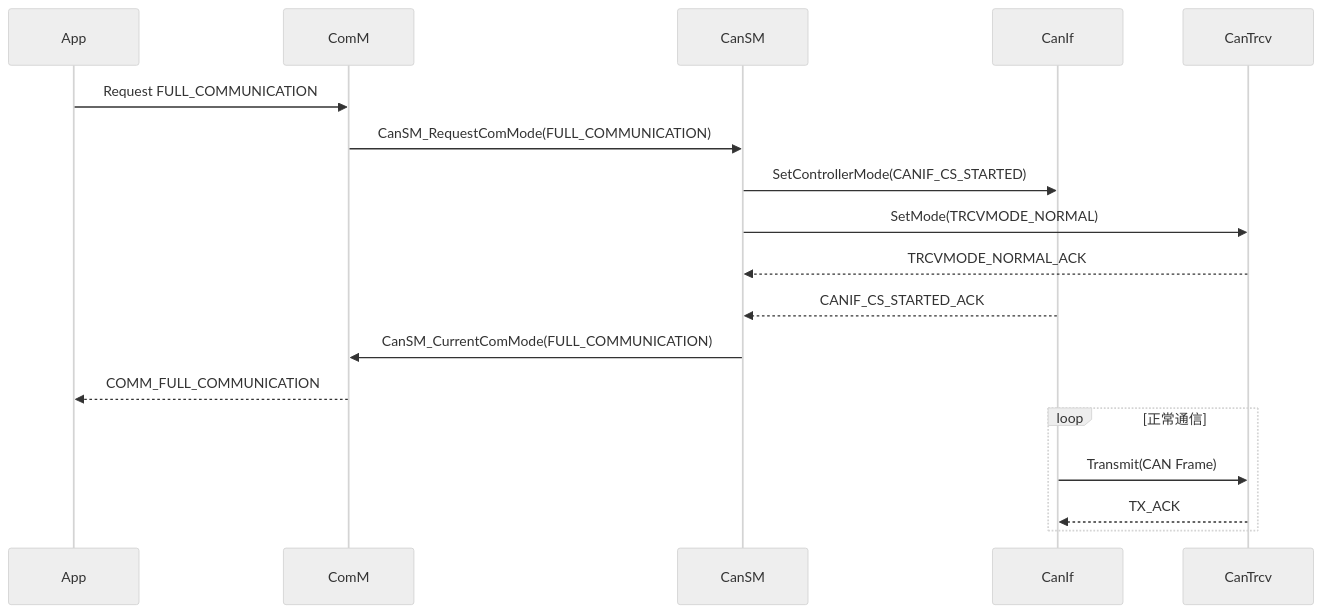
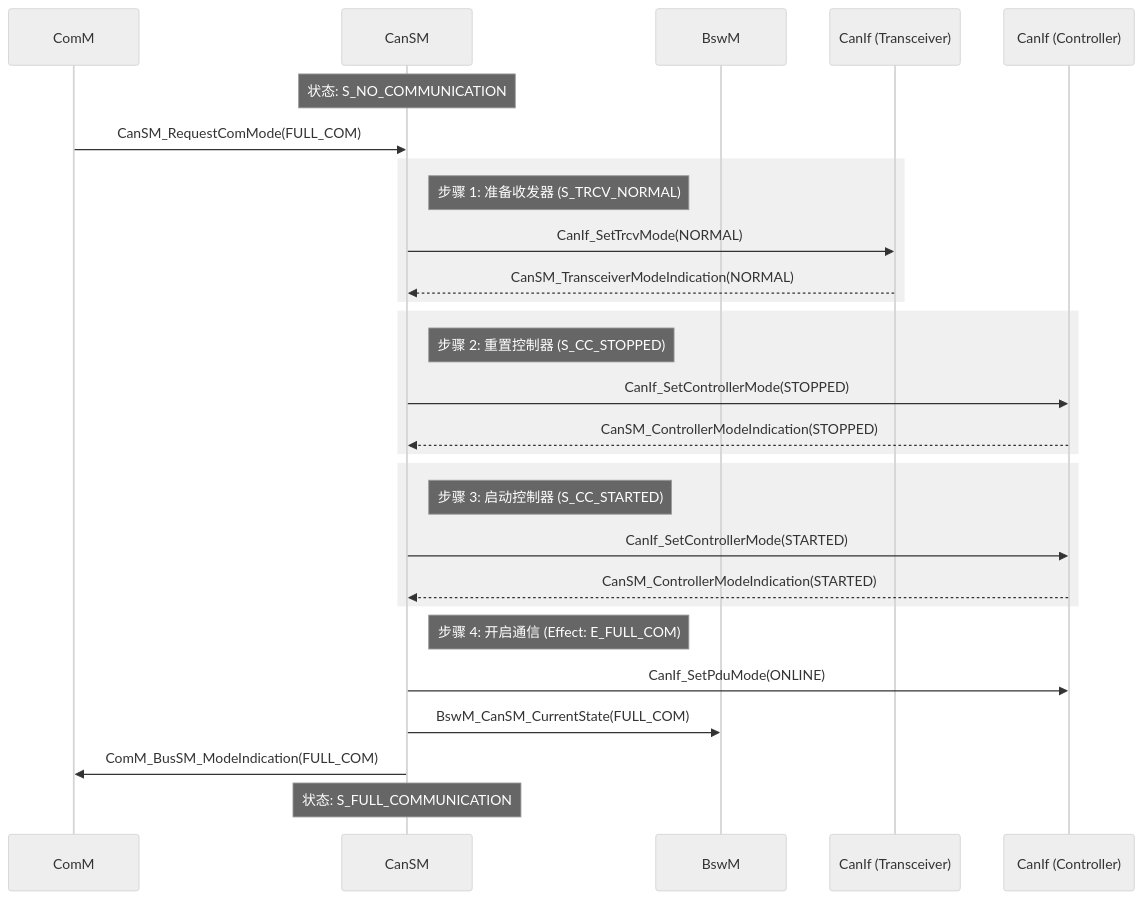
One commit to youShouldTrustMe/youShouldTrustMe.github.io changed the eighth of 13 diagrams in source/_posts/嵌入式/汽车行业标准/AUTOASR.md. Above: the diagram before and after it, drawn with Mermaid (neutral theme). The commit also changed other lines of this file and 12 other files, not shown here.

````diff
--- a/source/_posts/嵌入式/汽车行业标准/AUTOASR.md
+++ b/source/_posts/嵌入式/汽车行业标准/AUTOASR.md
@@ -2370,21 +2703,35 @@
 ```mermaid
 sequenceDiagram
-    participant App
     participant ComM
     participant CanSM
-    participant CanIf
-    participant CanTrcv
+    participant BswM
+    participant CanIf_Trcv as CanIf (Transceiver)
+    participant CanIf_Ctrl as CanIf (Controller)
 
-    App->>ComM: Request FULL_COMMUNICATION
-    ComM->>CanSM: CanSM_RequestComMode(FULL_COMMUNICATION)
-    CanSM->>CanIf: SetControllerMode(CANIF_CS_STARTED)
-    CanSM->>CanTrcv: SetMode(TRCVMODE_NORMAL)
-    CanTrcv-->>CanSM: TRCVMODE_NORMAL_ACK
-    CanIf-->>CanSM: CANIF_CS_STARTED_ACK
-    CanSM->>ComM: CanSM_CurrentComMode(FULL_COMMUNICATION)
-    ComM-->>App: COMM_FULL_COMMUNICATION
-    loop 正常通信
-        CanIf->>CanTrcv: Transmit(CAN Frame)
-        CanTrcv-->>CanIf: TX_ACK
+    Note over CanSM: 状态: S_NO_COMMUNICATION
+    ComM->>CanSM: CanSM_RequestComMode(FULL_COM)
+    
+    rect rgb(240, 240, 240)
+    Note right of CanSM: 步骤 1: 准备收发器 (S_TRCV_NORMAL)
+    CanSM->>CanIf_Trcv: CanIf_SetTrcvMode(NORMAL)
+    CanIf_Trcv-->>CanSM: CanSM_TransceiverModeIndication(NORMAL)
     end
+
+    rect rgb(240, 240, 240)
+    Note right of CanSM: 步骤 2: 重置控制器 (S_CC_STOPPED)
+    CanSM->>CanIf_Ctrl: CanIf_SetControllerMode(STOPPED)
+    CanIf_Ctrl-->>CanSM: CanSM_ControllerModeIndication(STOPPED)
+    end
+
+    rect rgb(240, 240, 240)
+    Note right of CanSM: 步骤 3: 启动控制器 (S_CC_STARTED)
+    CanSM->>CanIf_Ctrl: CanIf_SetControllerMode(STARTED)
+    CanIf_Ctrl-->>CanSM: CanSM_ControllerModeIndication(STARTED)
+    end
+
+    Note right of CanSM: 步骤 4: 开启通信 (Effect: E_FULL_COM)
+    CanSM->>CanIf_Ctrl: CanIf_SetPduMode(ONLINE)
+    CanSM->>BswM: BswM_CanSM_CurrentState(FULL_COM)
+    CanSM->>ComM: ComM_BusSM_ModeIndication(FULL_COM)
+    Note over CanSM: 状态: S_FULL_COMMUNICATION
 ```
````
